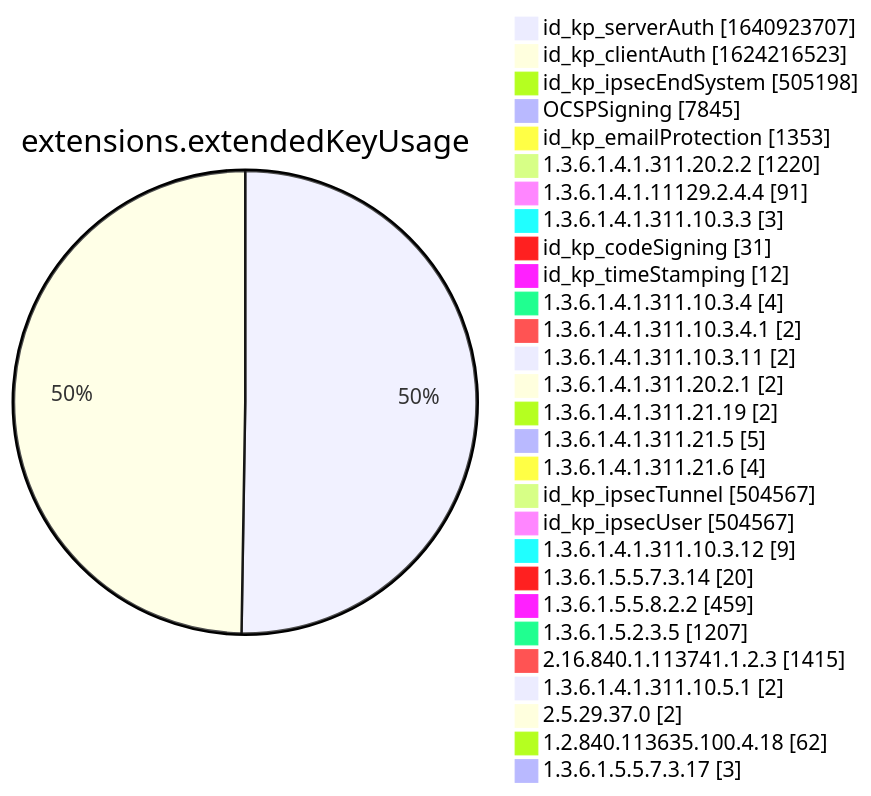
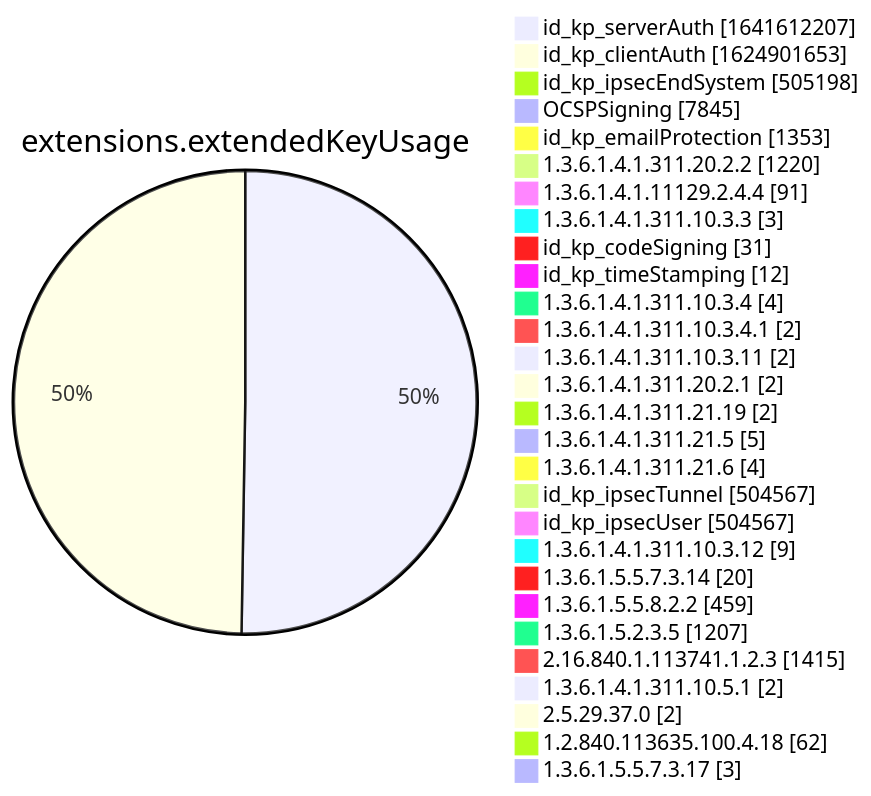
One commit to christiankrug/ctmonitor_visualization changed diagram 12 of 15 in xenon2022/README.md. Above: the diagram before and after it, drawn with Mermaid. The commit also changed other lines of this file, not shown here.

````diff
--- a/xenon2022/README.md
+++ b/xenon2022/README.md
@@ -3886,32 +3886,32 @@
 ```mermaid
 pie showData
 title extensions.extendedKeyUsage
-"id_kp_serverAuth" :1640923707
-"id_kp_clientAuth" :1624216523
+"id_kp_serverAuth" :1641612207
+"id_kp_clientAuth" :1624901653
 "id_kp_ipsecEndSystem" :505198
 "OCSPSigning" :7845
 "id_kp_emailProtection" :1353
 "1.3.6.1.4.1.311.20.2.2" :1220
 "1.3.6.1.4.1.11129.2.4.4" :91
 "1.3.6.1.4.1.311.10.3.3" :3
 "id_kp_codeSigning" :31
 "id_kp_timeStamping" :12
 "1.3.6.1.4.1.311.10.3.4" :4
 "1.3.6.1.4.1.311.10.3.4.1" :2
 "1.3.6.1.4.1.311.10.3.11" :2
 "1.3.6.1.4.1.311.20.2.1" :2
 "1.3.6.1.4.1.311.21.19" :2
 "1.3.6.1.4.1.311.21.5" :5
 "1.3.6.1.4.1.311.21.6" :4
 "id_kp_ipsecTunnel" :504567
 "id_kp_ipsecUser" :504567
 "1.3.6.1.4.1.311.10.3.12" :9
 "1.3.6.1.5.5.7.3.14" :20
 "1.3.6.1.5.5.8.2.2" :459
 "1.3.6.1.5.2.3.5" :1207
 "2.16.840.1.113741.1.2.3" :1415
 "1.3.6.1.4.1.311.10.5.1" :2
 "2.5.29.37.0" :2
 "1.2.840.113635.100.4.18" :62
 "1.3.6.1.5.5.7.3.17" :3
 ```
````
